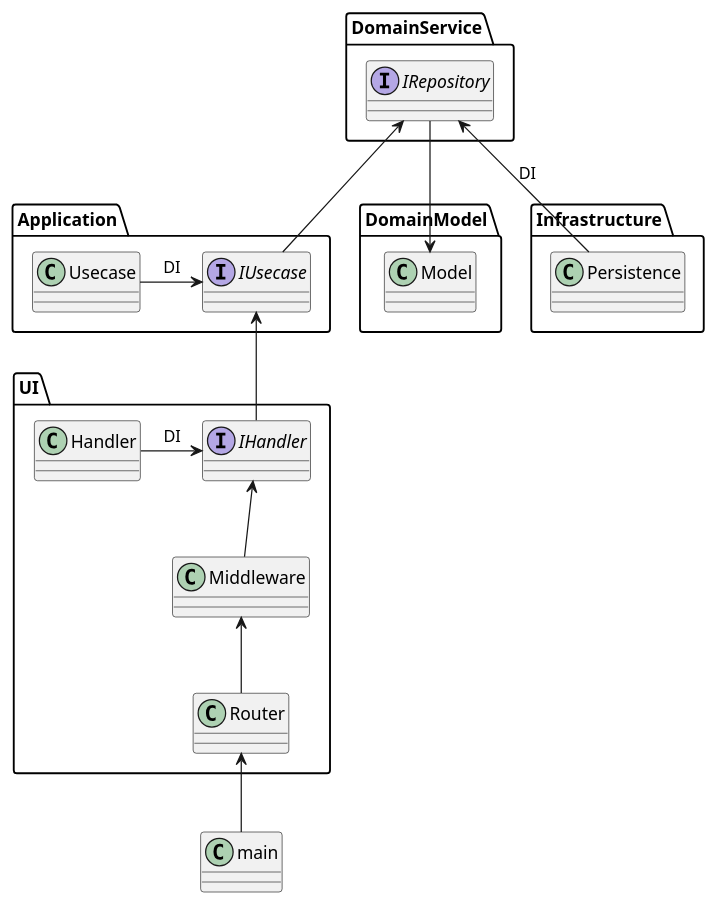
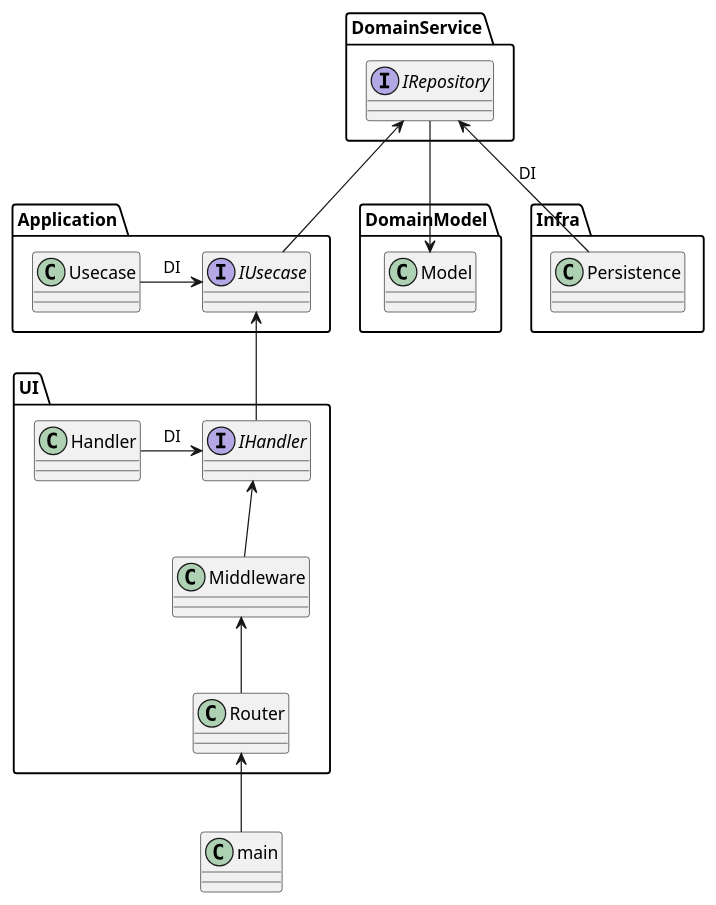
One commit to oshou/AwesomeMusic-api changed the diagram in docs/class.pu. Above: the diagram before and after it, drawn with PlantUML. The commit also changed 39 other files, not shown here.

```diff
--- a/docs/class.pu
+++ b/docs/class.pu
@@ -1,35 +1,35 @@
 @startuml
 package DomainModel {
   class Model
 }
 
 package DomainService {
   interface IRepository
 }
 
 package Application {
   class Usecase
   interface IUsecase
 }
 
-package Infrastructure {
+package Infra {
   class Persistence
 }
 package UI {
   class Router
   class Middleware
   interface IHandler
   class Handler
 }
 class main
 
 Model <-up- IRepository
 IUsecase -up-> IRepository
 Persistence -up-> IRepository: DI
 Usecase -right-> IUsecase: DI
 IHandler -up-> IUsecase
 Handler -right-> IHandler: DI
 Middleware -up-> IHandler
 Router -up-> Middleware
 main -up-> Router
 @enduml
```
